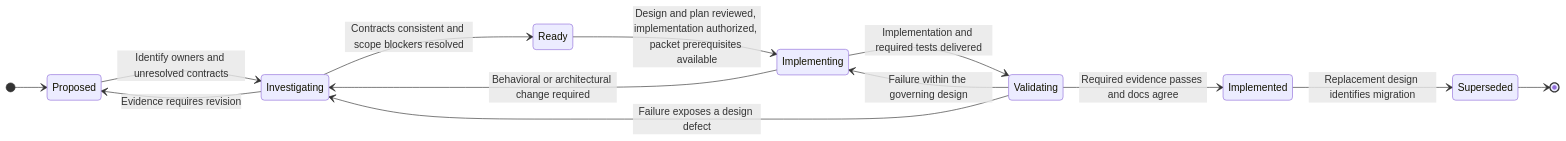
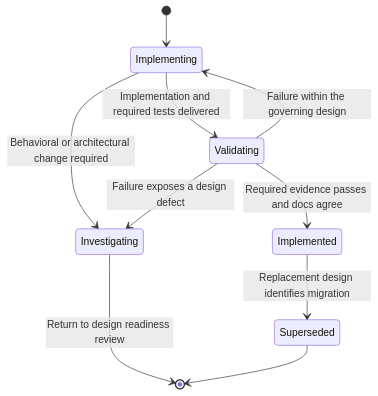
One commit to pidster/asura changed the second of 2 diagrams in docs/design-process.md. Above: the diagram before and after it, drawn with Mermaid. The commit also changed other lines of this file and 16 other files, not shown here.

````diff
--- a/docs/design-process.md
+++ b/docs/design-process.md
@@ -99,16 +123,12 @@
 ```mermaid
 stateDiagram-v2
-    direction LR
-    [*] --> Proposed
-    Proposed --> Investigating: Identify owners and unresolved contracts
-    Investigating --> Proposed: Evidence requires revision
-    Investigating --> Ready: Contracts consistent and scope blockers resolved
-    Ready --> Implementing: Design and plan reviewed, implementation authorized, packet prerequisites available
+    [*] --> Implementing
     Implementing --> Investigating: Behavioral or architectural change required
     Implementing --> Validating: Implementation and required tests delivered
     Validating --> Implementing: Failure within the governing design
     Validating --> Investigating: Failure exposes a design defect
+    Investigating --> [*]: Return to design readiness review
     Validating --> Implemented: Required evidence passes and docs agree
     Implemented --> Superseded: Replacement design identifies migration
     Superseded --> [*]
 ```
````
